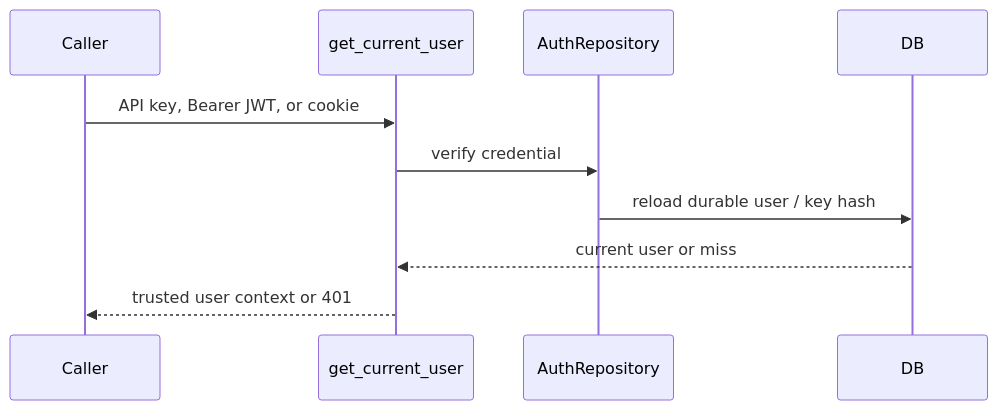
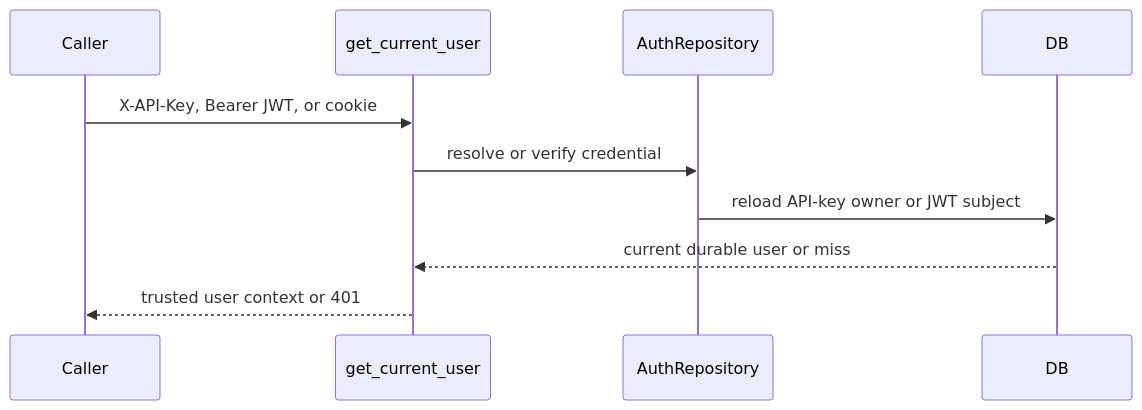
One commit to levalencia/archon changed the first of 2 diagrams in docs/course/concepts/authentication.md. Above: the diagram before and after it, drawn with Mermaid. The commit also changed other lines of this file and 7 other files, not shown here.

````diff
--- a/docs/course/concepts/authentication.md
+++ b/docs/course/concepts/authentication.md
@@ -12,12 +15,12 @@
 ```mermaid
 sequenceDiagram
   participant Caller
   participant Dependency as get_current_user
   participant Auth as AuthRepository
   participant DB
-  Caller->>Dependency: API key, Bearer JWT, or cookie
-  Dependency->>Auth: verify credential
-  Auth->>DB: reload durable user / key hash
-  DB-->>Dependency: current user or miss
+  Caller->>Dependency: X-API-Key, Bearer JWT, or cookie
+  Dependency->>Auth: resolve or verify credential
+  Auth->>DB: reload API-key owner or JWT subject
+  DB-->>Dependency: current durable user or miss
   Dependency-->>Caller: trusted user context or 401
 ```
````
